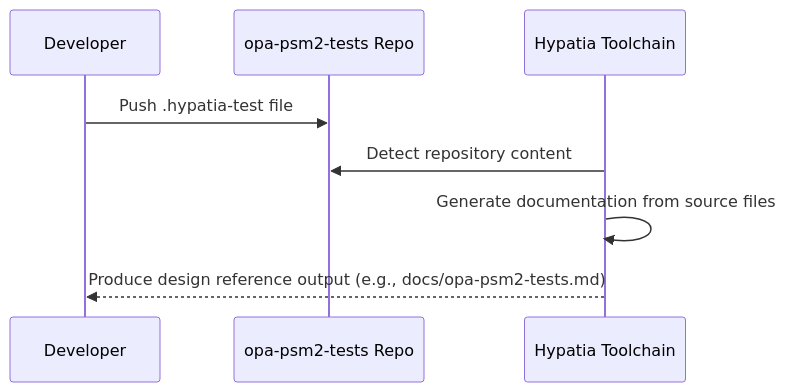
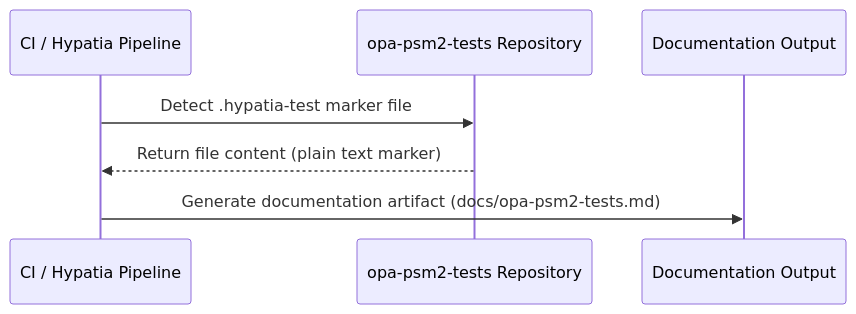
The second of 2 diagrams in docs/opa-psm2-tests.md (cornelisnetworks/opa-psm2-tests), drawn with Mermaid before and after one commit. The commit also changed other lines of this file, not shown here.

Commit message:
docs: auto-generate documentation for PR #1 [skip ci]

````diff
--- a/docs/opa-psm2-tests.md
+++ b/docs/opa-psm2-tests.md
@@ -26,11 +23,10 @@
 ```mermaid
 sequenceDiagram
-    participant Dev as Developer
-    participant Repo as opa-psm2-tests Repo
-    participant Hypatia as Hypatia Toolchain
+    participant CI as CI / Hypatia Pipeline
+    participant Repo as opa-psm2-tests Repository
+    participant Doc as Documentation Output
 
-    Dev->>Repo: Push .hypatia-test file
-    Hypatia->>Repo: Detect repository content
-    Hypatia->>Hypatia: Generate documentation from source files
-    Hypatia-->>Dev: Produce design reference output (e.g., docs/opa-psm2-tests.md)
+    CI->>Repo: Detect .hypatia-test marker file
+    Repo-->>CI: Return file content (plain text marker)
+    CI->>Doc: Generate documentation artifact (docs/opa-psm2-tests.md)
 ```
````
